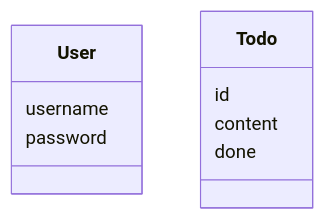
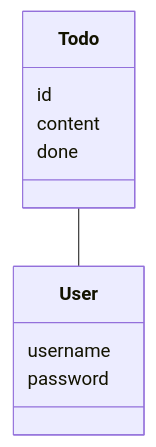
Before and after one commit to antonlep/shortest-path: the diagram in documentation/implementation.md, drawn with Mermaid.

````diff
--- a/documentation/implementation.md
+++ b/documentation/implementation.md
@@ -3,13 +3,13 @@
 ```mermaid
  classDiagram
-      Todo - User
+      Todo -- User
       class User{
           username
           password
       }
       class Todo{
           id
           content
           done
       }
 ```
````
